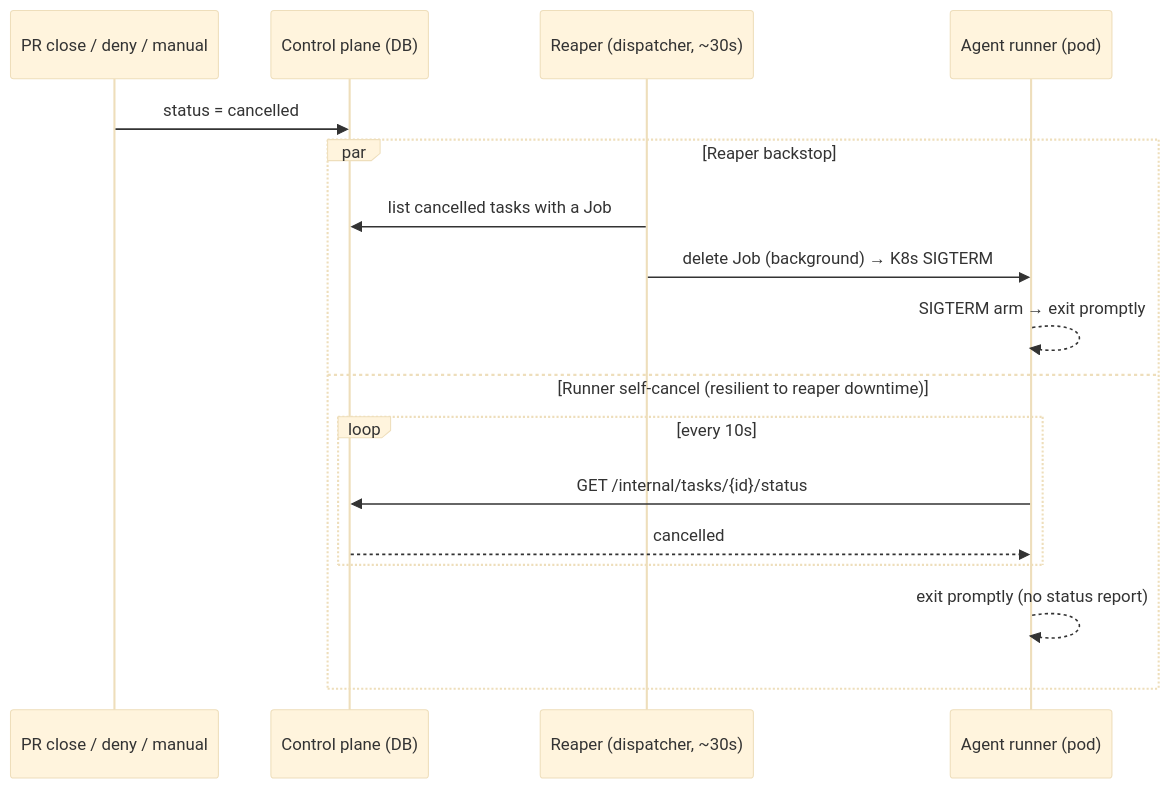
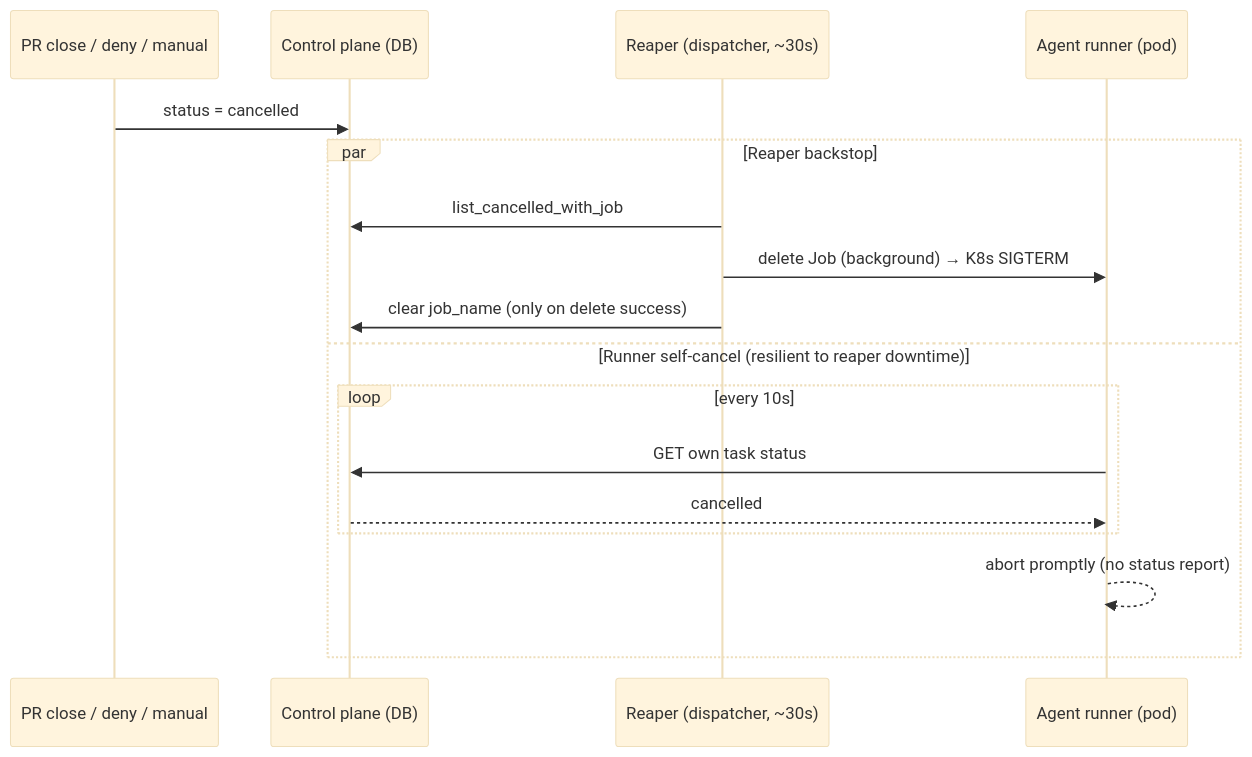
One commit to vymalo/lightbridge-code-intelligence changed the third of 3 diagrams in docs/jobs-and-lifecycle.md. Above: the diagram before and after it, drawn with Mermaid (base theme). The commit also changed other lines of this file and 14 other files, not shown here.

First line of the commit message:
docs: refresh core docs to the current architecture (native agent, two-tier, SAST, reconciler) (#238)

````diff
--- a/docs/jobs-and-lifecycle.md
+++ b/docs/jobs-and-lifecycle.md
@@ -119,19 +234,19 @@
 ```mermaid
 sequenceDiagram
     participant U as PR close / deny / manual
     participant CP as Control plane (DB)
     participant RP as Reaper (dispatcher, ~30s)
     participant RN as Agent runner (pod)
     U->>CP: status = cancelled
     par Reaper backstop
-        RP->>CP: list cancelled tasks with a Job
+        RP->>CP: list_cancelled_with_job
         RP->>RN: delete Job (background) → K8s SIGTERM
-        RN-->>RN: SIGTERM arm → exit promptly
+        RP->>CP: clear job_name (only on delete success)
     and Runner self-cancel (resilient to reaper downtime)
         loop every 10s
-            RN->>CP: GET /internal/tasks/{id}/status
+            RN->>CP: GET own task status
             CP-->>RN: cancelled
         end
-        RN-->>RN: exit promptly (no status report)
+        RN-->>RN: abort promptly (no status report)
     end
 ```
````
